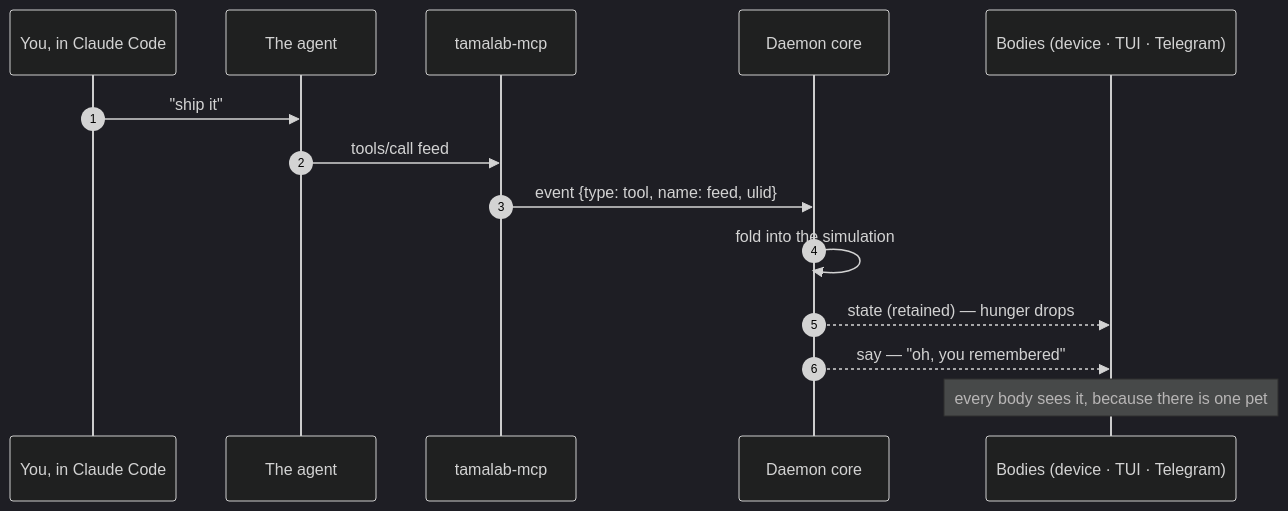
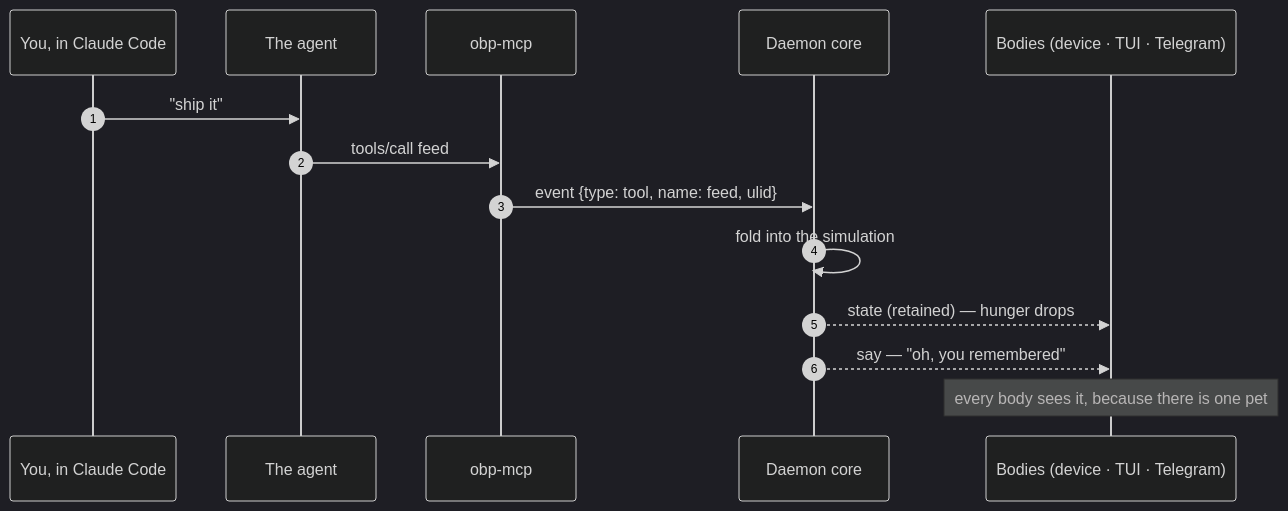
One commit to jcarranz97/open-body-protocol changed the third of 4 diagrams in docs/architecture/mcp.md. Above: the diagram before and after it, drawn with Mermaid (dark theme). The commit also changed other lines of this file and 33 other files, not shown here.

````diff
--- a/docs/architecture/mcp.md
+++ b/docs/architecture/mcp.md
@@ -115,17 +115,17 @@
 ```mermaid
 sequenceDiagram
     autonumber
     participant U as You, in Claude Code
     participant A as The agent
-    participant M as tamalab-mcp
+    participant M as obp-mcp
     participant D as Daemon core
     participant B as Bodies (device · TUI · Telegram)
 
     U->>A: "ship it"
     A->>M: tools/call feed
     M->>D: event {type: tool, name: feed, ulid}
     D->>D: fold into the simulation
     D-->>B: state (retained) — hunger drops
     D-->>B: say — "oh, you remembered"
     Note over B: every body sees it, because there is one pet
 ```
````
